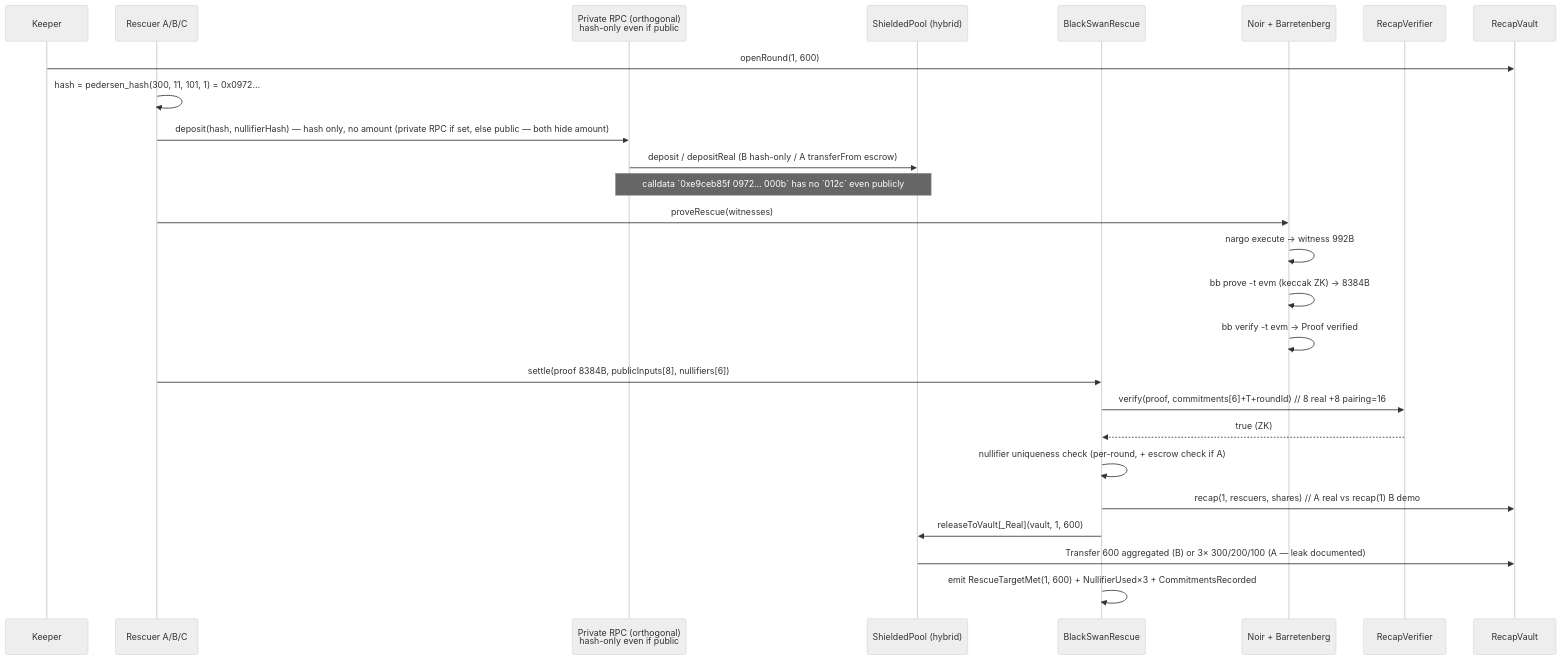
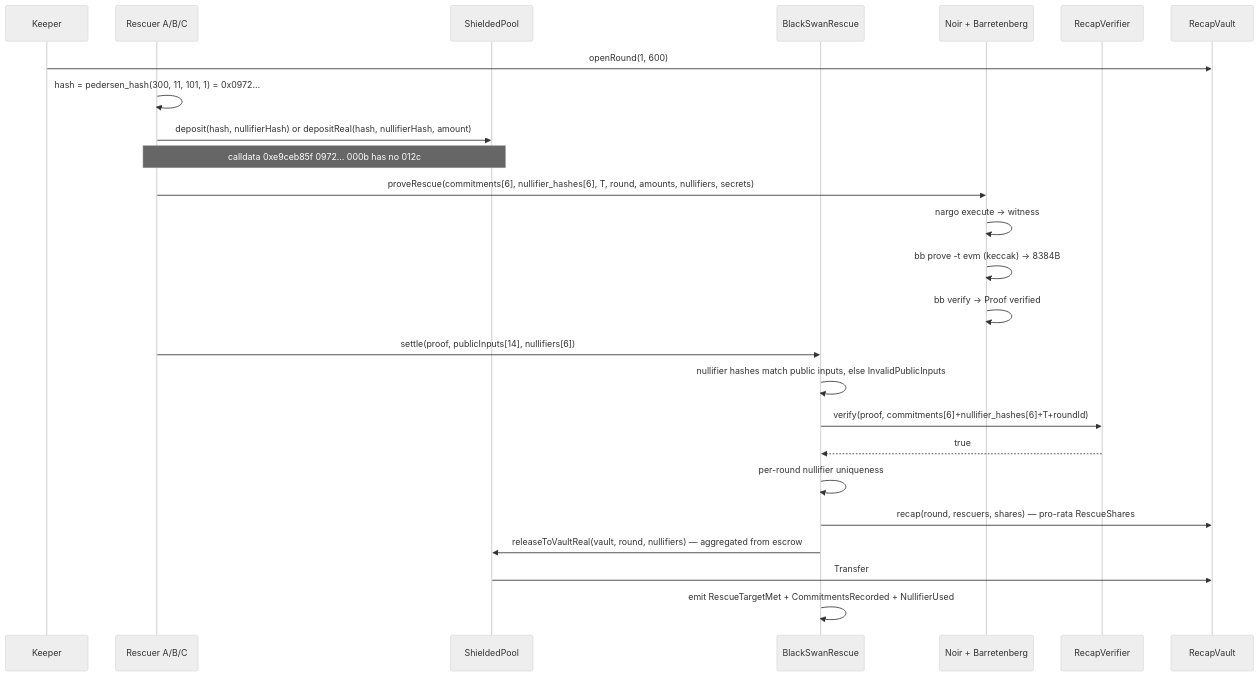
One commit to sujalmh/blackswan-relay changed the fourth of 5 diagrams in README.md. Above: the diagram before and after it, drawn with Mermaid (neutral theme). The commit also changed other lines of this file, not shown here.

Commit message:
readme: v2 novelties - aggregate ZK (14 inputs, 8384B), dual escrow, nullifier-bound, mempool-agnostic

````diff
--- a/README.md
+++ b/README.md
@@ -128,31 +138,30 @@
 ```mermaid
 sequenceDiagram
   participant Keeper
   participant Rescuer as Rescuer A/B/C
-  participant PM as Private RPC (orthogonal)<br/>hash-only even if public
-  participant Pool as ShieldedPool (hybrid)
+  participant Pool as ShieldedPool
   participant Rescue as BlackSwanRescue
   participant BB as Noir + Barretenberg
   participant Verifier as RecapVerifier
   participant Vault as RecapVault
 
   Keeper->>Vault: openRound(1, 600)
   Rescuer->>Rescuer: hash = pedersen_hash(300, 11, 101, 1) = 0x0972…
-  Rescuer->>PM: deposit(hash, nullifierHash) — hash only, no amount (private RPC if set, else public — both hide amount)
-  PM->>Pool: deposit / depositReal (B hash-only / A transferFrom escrow)
-  Note over PM,Pool: calldata `0xe9ceb85f 0972… 000b` has no `012c` even publicly
+  Rescuer->>Pool: deposit(hash, nullifierHash) or depositReal(hash, nullifierHash, amount)
+  Note over Rescuer,Pool: calldata 0xe9ceb85f 0972… 000b has no 012c
 
-  Rescuer->>BB: proveRescue(witnesses)
-  BB->>BB: nargo execute → witness 992B
-  BB->>BB: bb prove -t evm (keccak ZK) → 8384B
-  BB->>BB: bb verify -t evm → Proof verified
+  Rescuer->>BB: proveRescue(commitments[6], nullifier_hashes[6], T, round, amounts, nullifiers, secrets)
+  BB->>BB: nargo execute → witness
+  BB->>BB: bb prove -t evm (keccak) → 8384B
+  BB->>BB: bb verify → Proof verified
 
-  Rescuer->>Rescue: settle(proof 8384B, publicInputs[8], nullifiers[6])
-  Rescue->>Verifier: verify(proof, commitments[6]+T+roundId) // 8 real +8 pairing=16
-  Verifier-->>Rescue: true (ZK)
-  Rescue->>Rescue: nullifier uniqueness check (per-round, + escrow check if A)
-  Rescue->>Vault: recap(1, rescuers, shares) // A real vs recap(1) B demo
-  Rescue->>Pool: releaseToVault[_Real](vault, 1, 600)
-  Pool->>Vault: Transfer 600 aggregated (B) or 3× 300/200/100 (A — leak documented)
-  Rescue->>Rescue: emit RescueTargetMet(1, 600) + NullifierUsed×3 + CommitmentsRecorded
+  Rescuer->>Rescue: settle(proof, publicInputs[14], nullifiers[6])
+  Rescue->>Rescue: nullifier hashes match public inputs, else InvalidPublicInputs
+  Rescue->>Verifier: verify(proof, commitments[6]+nullifier_hashes[6]+T+roundId)
+  Verifier-->>Rescue: true
+  Rescue->>Rescue: per-round nullifier uniqueness
+  Rescue->>Vault: recap(round, rescuers, shares) — pro-rata RescueShares
+  Rescue->>Pool: releaseToVaultReal(vault, round, nullifiers) — aggregated from escrow
+  Pool->>Vault: Transfer
+  Rescue->>Rescue: emit RescueTargetMet + CommitmentsRecorded + NullifierUsed
 ```
````
